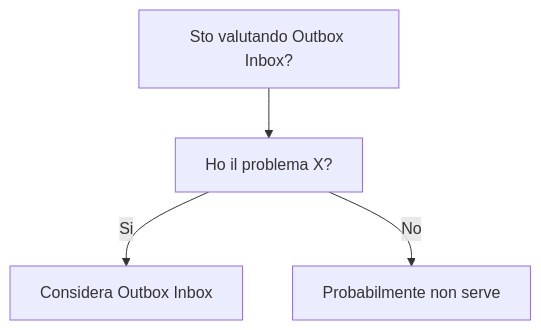
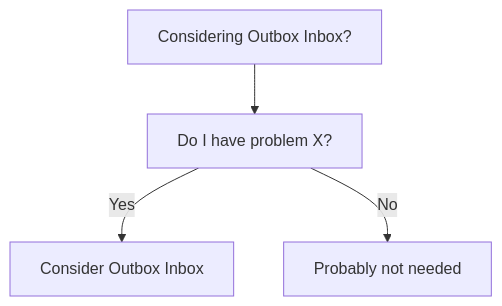
The diagram in dev-wiki/13_Integration/Patterns/Outbox_Inbox/When_To_Use.md (HxT9/Software-Dev-Wiki), drawn with Mermaid before and after one commit. The commit also changed other lines of this file and 3444 other files, not shown here.

````diff
--- a/dev-wiki/13_Integration/Patterns/Outbox_Inbox/When_To_Use.md
+++ b/dev-wiki/13_Integration/Patterns/Outbox_Inbox/When_To_Use.md
@@ -19,6 +19,6 @@
 ```mermaid
 flowchart TD
-  Q[Sto valutando Outbox Inbox?] --> Q1[Ho il problema X?]
-  Q1 -->|Si| OK[Considera Outbox Inbox]
-  Q1 -->|No| NO[Probabilmente non serve]
+  Q[Considering Outbox Inbox?] --> Q1[Do I have problem X?]
+  Q1 -->|Yes| OK[Consider Outbox Inbox]
+  Q1 -->|No| NO[Probably not needed]
 ```
````
